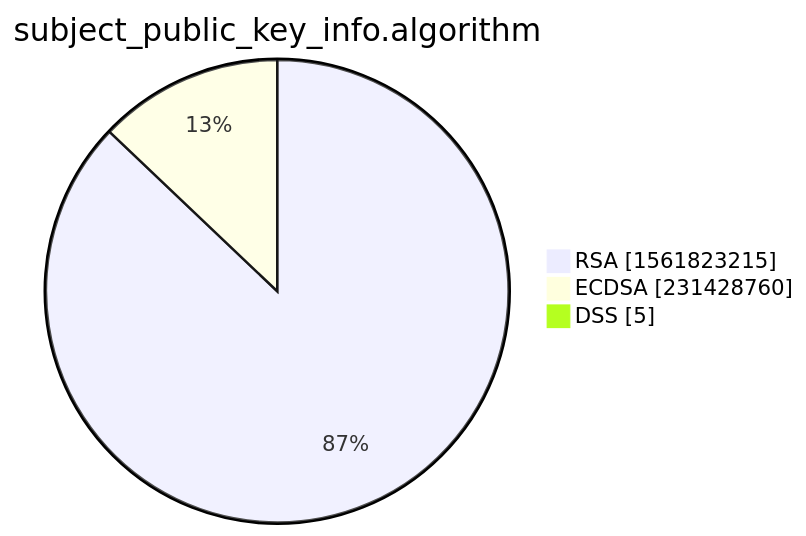
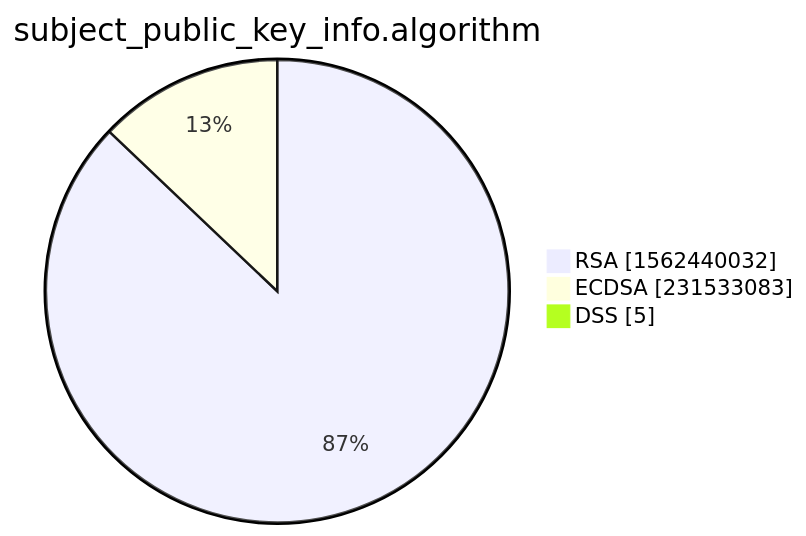
Before and after one commit to christiankrug/ctmonitor_visualization: the third of 15 diagrams in xenon2022/README.md, drawn with Mermaid. The commit also changed other lines of this file, not shown here.

````diff
--- a/xenon2022/README.md
+++ b/xenon2022/README.md
@@ -14,7 +14,7 @@
 ```mermaid
 pie showData
 title subject_public_key_info.algorithm
-"RSA" :1561823215
-"ECDSA" :231428760
+"RSA" :1562440032
+"ECDSA" :231533083
 "DSS" :5
 ```
````
